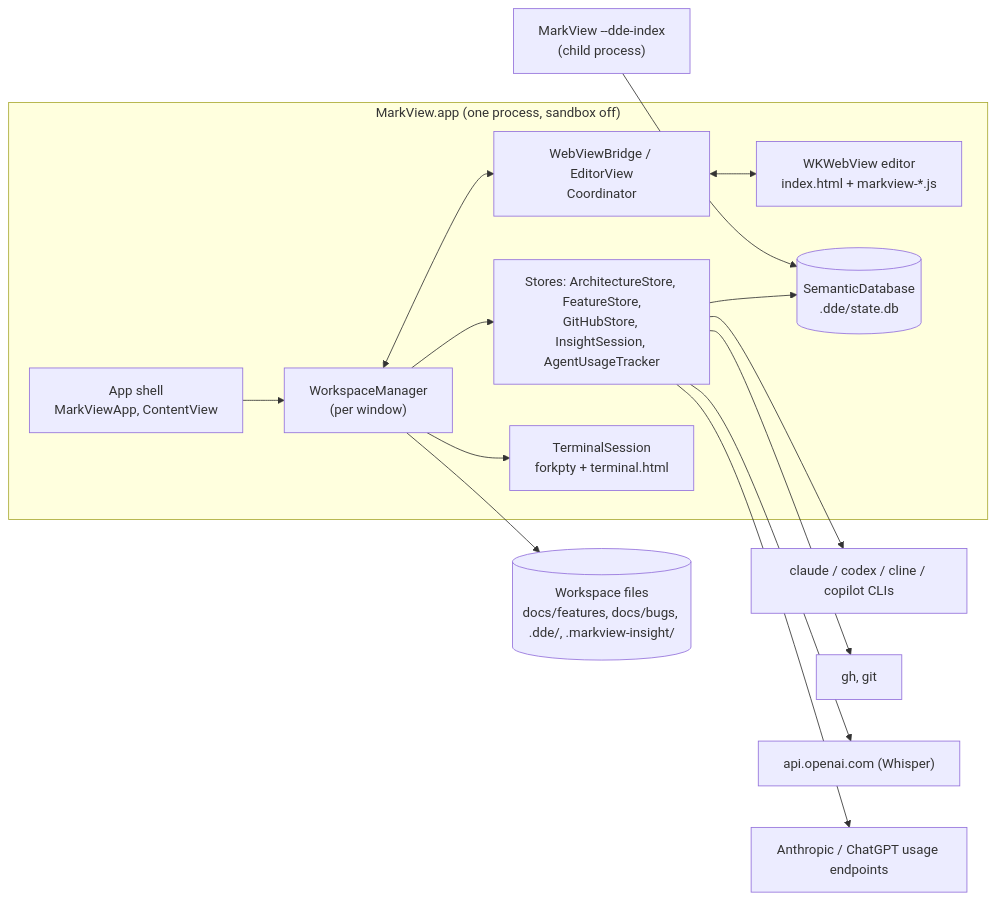
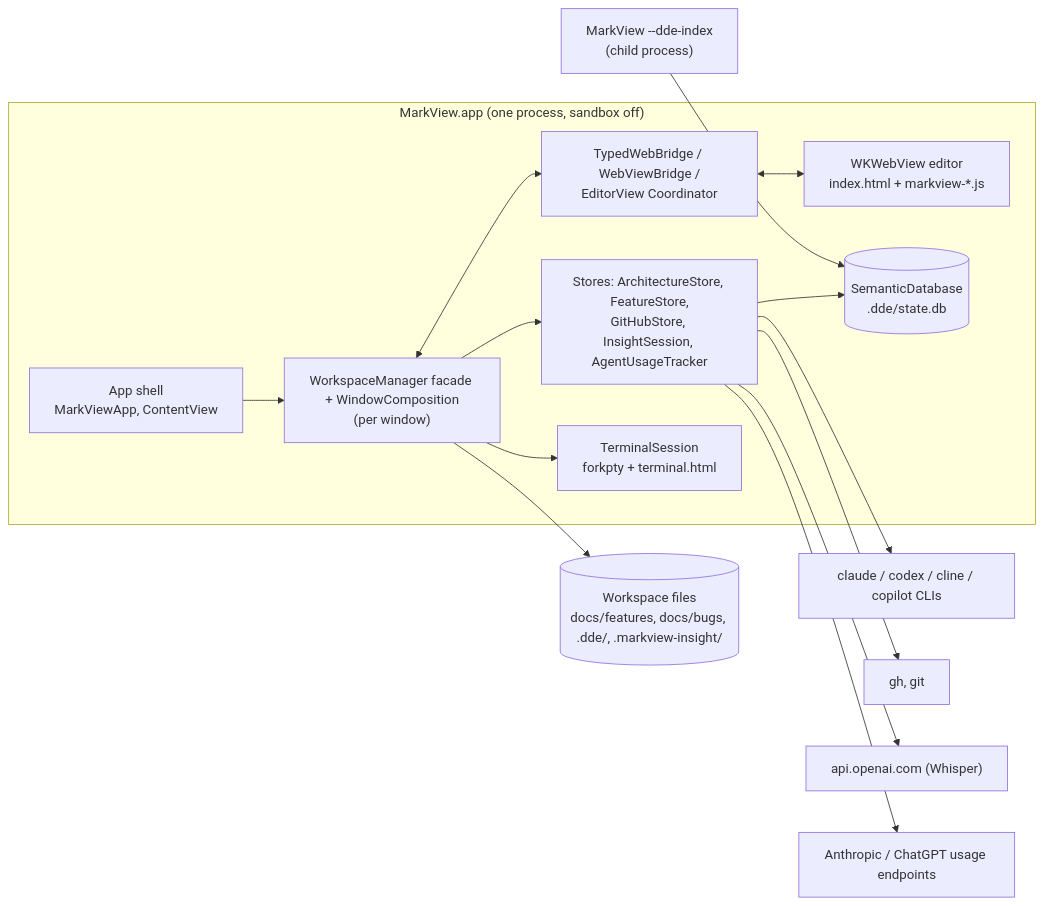
The diagram in docs/architecture/system-overview.md (t-boris/MarkView), drawn with Mermaid before and after one commit. The commit also changed other lines of this file and 20 other files, not shown here.

````diff
--- a/docs/architecture/system-overview.md
+++ b/docs/architecture/system-overview.md
@@ -34,24 +34,24 @@
 ```mermaid
 flowchart LR
   subgraph App["MarkView.app (one process, sandbox off)"]
     Shell["App shell<br/>MarkViewApp, ContentView"]
-    WM["WorkspaceManager<br/>(per window)"]
+    WM["WorkspaceManager facade + WindowComposition<br/>(per window)"]
     Web["WKWebView editor<br/>index.html + markview-*.js"]
-    Bridge["WebViewBridge / EditorView<br/>Coordinator"]
+    Bridge["TypedWebBridge / WebViewBridge /<br/>EditorView Coordinator"]
     Stores["Stores: ArchitectureStore, FeatureStore,<br/>GitHubStore, InsightSession, AgentUsageTracker"]
     DB[("SemanticDatabase<br/>.dde/state.db")]
     Term["TerminalSession<br/>forkpty + terminal.html"]
   end
   Shell --> WM
   WM <--> Bridge
   Bridge <--> Web
   WM --> Stores
   Stores --> DB
   WM --> Term
   Indexer["MarkView --dde-index<br/>(child process)"] --> DB
   Stores --> CLIs["claude / codex / cline / copilot CLIs"]
   Stores --> GH["gh, git"]
   Stores --> OpenAI["api.openai.com (Whisper)"]
   Stores --> Quota["Anthropic / ChatGPT usage endpoints"]
   WM --> FS[("Workspace files<br/>docs/features, docs/bugs, .dde/, .markview-insight/")]
 ```
````
